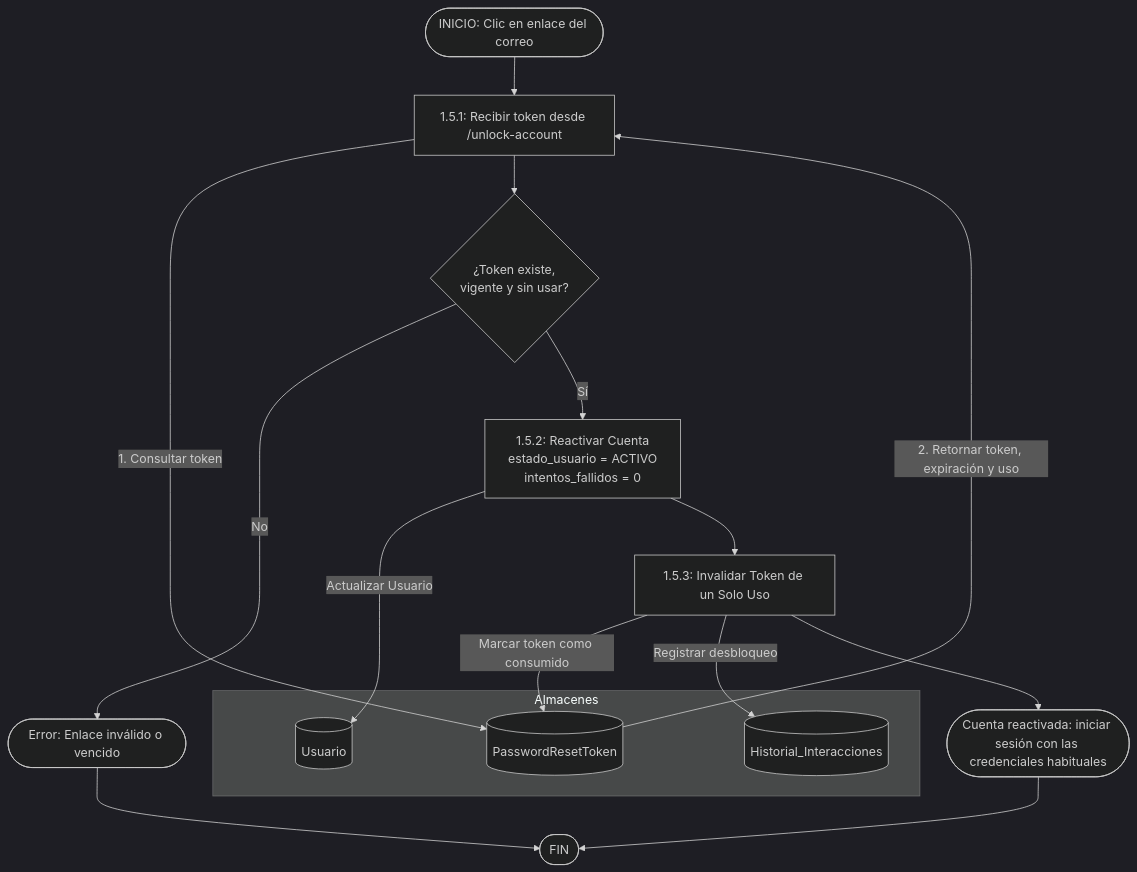
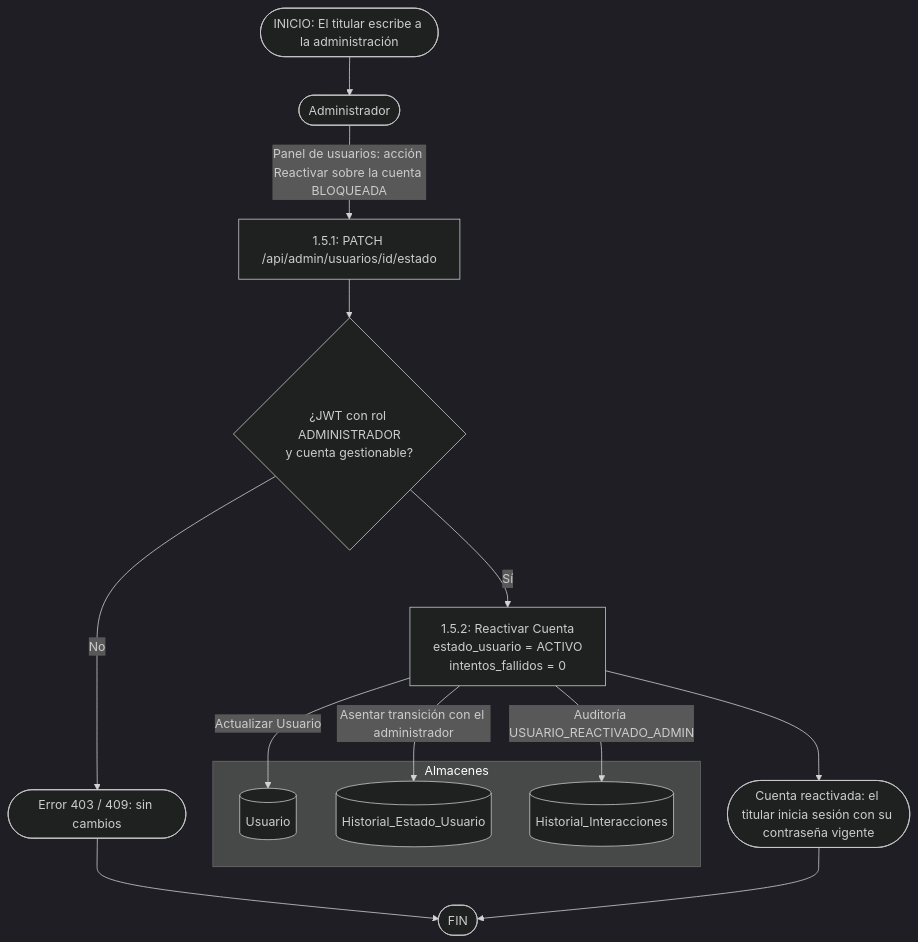
Before and after one commit to dev-gastong/Enexia: the second of 2 diagrams in docs/diagrams/login_registro/login.md, drawn with Mermaid (dark theme). The commit also changed other lines of this file and 37 other files, not shown here.

First line of the commit message:
Desbloqueo solo por admin, sin tope de eventos y DFD pendientes en tempDFD

````diff
--- a/docs/diagrams/login_registro/login.md
+++ b/docs/diagrams/login_registro/login.md
@@ -107,26 +107,22 @@
 ```mermaid
 graph TD
-    INICIO([INICIO: Clic en enlace del correo]) --> P1_5_1[1.5.1: Recibir token desde /unlock-account]
+    INICIO([INICIO: El titular escribe a la administración]) --> Admin([Administrador])
 
     subgraph Almacenes
         D2_User[(Usuario)]
-        D7_Tokens[(PasswordResetToken)]
+        D2_Hist[(Historial_Estado_Usuario)]
         D6_Logs[(Historial_Interacciones)]
     end
 
-    P1_5_1 -->|1. Consultar token| D7_Tokens
-    D7_Tokens -->|2. Retornar token, expiración y uso| P1_5_1
+    Admin -->|Panel de usuarios: acción Reactivar sobre la cuenta BLOQUEADA| P1_5_1[1.5.1: PATCH /api/admin/usuarios/id/estado]
+    P1_5_1 --> C_Admin{¿JWT con rol ADMINISTRADOR<br>y cuenta gestionable?}
+    C_Admin -->|No| Err_Perm([Error 403 / 409: sin cambios])
+    C_Admin -->|Sí| P1_5_2["1.5.2: Reactivar Cuenta<br>estado_usuario = ACTIVO<br>intentos_fallidos = 0"]
+    P1_5_2 -->|Actualizar Usuario| D2_User
+    P1_5_2 -->|Asentar transición con el administrador| D2_Hist
+    P1_5_2 -->|Auditoría USUARIO_REACTIVADO_ADMIN| D6_Logs
+    P1_5_2 --> Ok([Cuenta reactivada: el titular inicia sesión con su contraseña vigente])
 
-    P1_5_1 --> C_Token{¿Token existe,<br>vigente y sin usar?}
-    C_Token -->|No| Err_Token([Error: Enlace inválido o vencido])
-
-    C_Token -->|Sí| P1_5_2["1.5.2: Reactivar Cuenta<br>estado_usuario = ACTIVO<br>intentos_fallidos = 0"]
-    P1_5_2 -->|Actualizar Usuario| D2_User
-    P1_5_2 --> P1_5_3[1.5.3: Invalidar Token de un Solo Uso]
-    P1_5_3 -->|Marcar token como consumido| D7_Tokens
-    P1_5_3 -->|Registrar desbloqueo| D6_Logs
-    P1_5_3 --> Ok([Cuenta reactivada: iniciar sesión con las credenciales habituales])
-
-    Err_Token --> FIN([FIN])
+    Err_Perm --> FIN([FIN])
     Ok --> FIN
 ```
````
